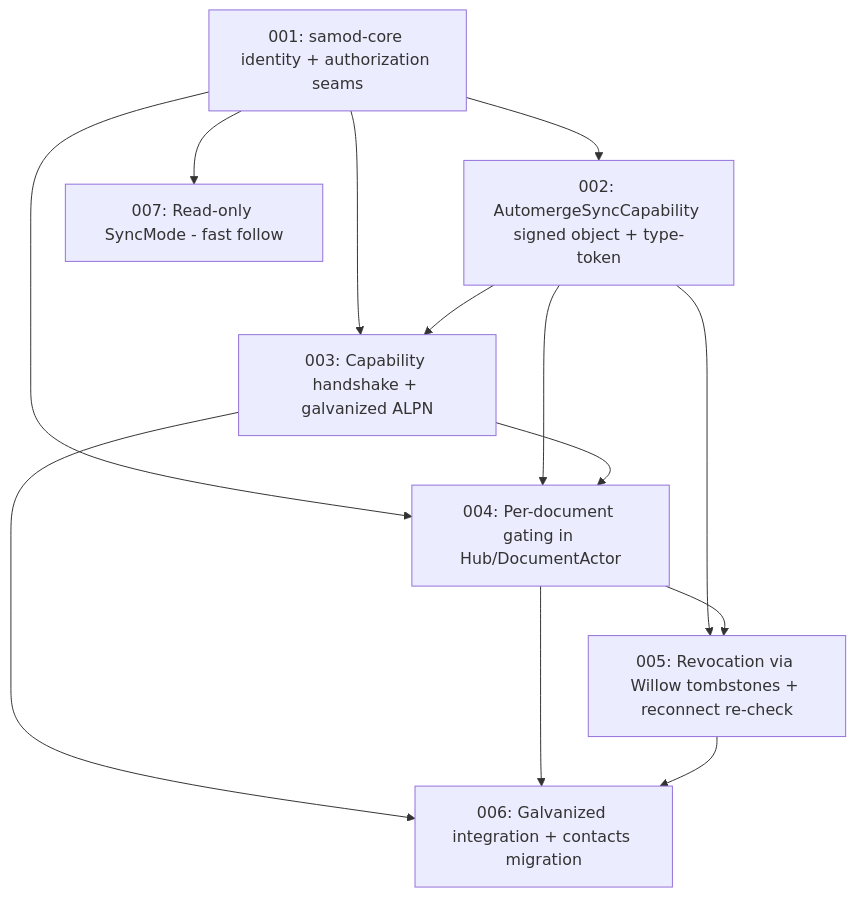
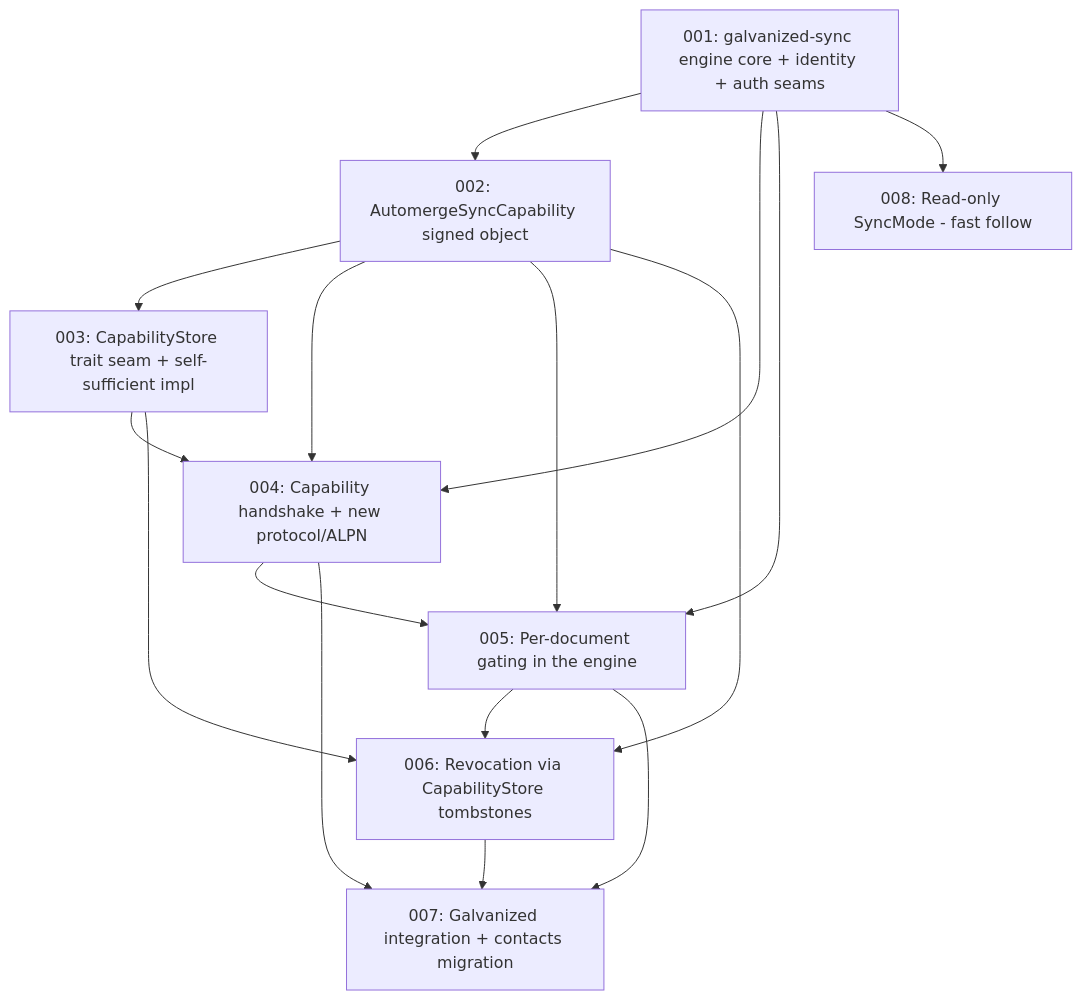
One commit to nicholastmosher/galvanized changed the diagram in docs/ai/tickets/001-willow-automerge-sync/INDEX.md. Above: the diagram before and after it, drawn with Mermaid. The commit also changed other lines of this file and 16 other files, not shown here.

Commit message:
Refined specs for willow-automerge-sync

````diff
--- a/docs/ai/tickets/001-willow-automerge-sync/INDEX.md
+++ b/docs/ai/tickets/001-willow-automerge-sync/INDEX.md
@@ -47,23 +49,27 @@
 ```mermaid
 graph TD
-    T1[001: samod-core identity + authorization seams]
-    T2[002: AutomergeSyncCapability signed object + type-token]
-    T3[003: Capability handshake + galvanized ALPN]
-    T4[004: Per-document gating in Hub/DocumentActor]
-    T5[005: Revocation via Willow tombstones + reconnect re-check]
-    T6[006: Galvanized integration + contacts migration]
-    T7[007: Read-only SyncMode - fast follow]
+    T1[001: galvanized-sync engine core + identity + auth seams]
+    T2[002: AutomergeSyncCapability signed object]
+    T3[003: CapabilityStore trait seam + self-sufficient impl]
+    T4[004: Capability handshake + new protocol/ALPN]
+    T5[005: Per-document gating in the engine]
+    T6[006: Revocation via CapabilityStore tombstones]
+    T7[007: Galvanized integration + contacts migration]
+    T8[008: Read-only SyncMode - fast follow]
 
     T1 --> T2
-    T1 --> T3
     T2 --> T3
     T1 --> T4
     T2 --> T4
     T3 --> T4
+    T1 --> T5
     T2 --> T5
     T4 --> T5
+    T2 --> T6
     T3 --> T6
-    T4 --> T6
     T5 --> T6
-    T1 --> T7
+    T4 --> T7
+    T5 --> T7
+    T6 --> T7
+    T1 --> T8
 ```
````
